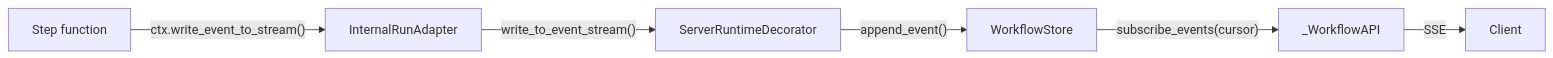
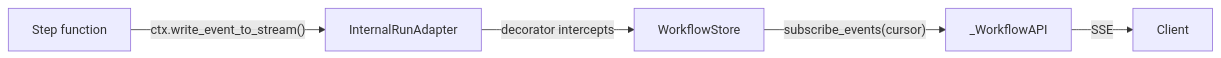
The third of 3 diagrams in architecture-docs/server-architecture.md (run-llama/workflows-py), drawn with Mermaid before and after one commit. The commit also changed other lines of this file and 2 other files, not shown here.

````diff
--- a/architecture-docs/server-architecture.md
+++ b/architecture-docs/server-architecture.md
@@ -94,8 +72,7 @@
 ```mermaid
 graph LR
     Step["Step function"] -->|"ctx.write_event_to_stream()"| IA["InternalRunAdapter"]
-    IA -->|"write_to_event_stream()"| Server["ServerRuntimeDecorator"]
-    Server -->|"append_event()"| Store["WorkflowStore"]
+    IA -->|decorator intercepts| Store["WorkflowStore"]
     Store -->|"subscribe_events(cursor)"| API["_WorkflowAPI"]
     API -->|SSE| Client
 ```
````
